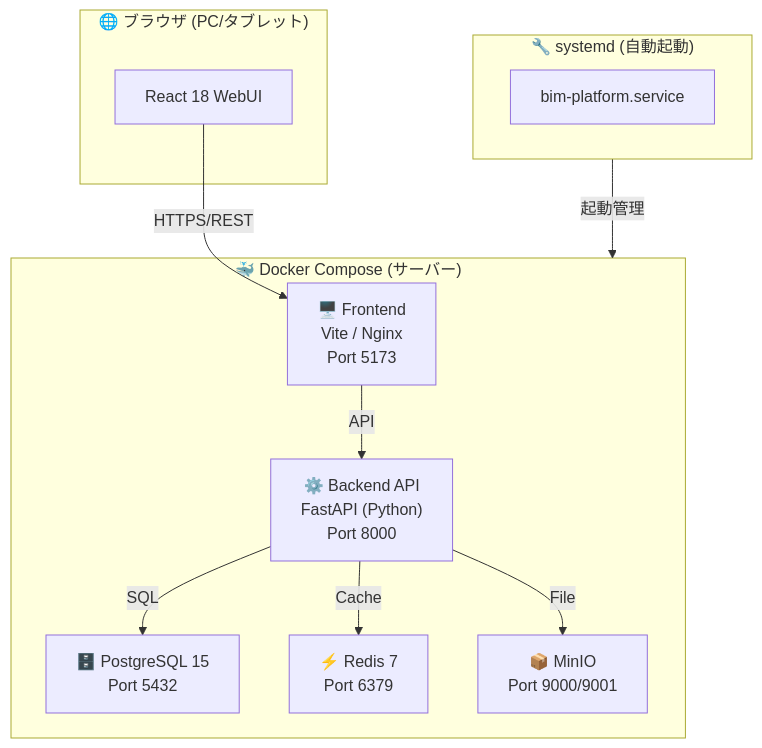
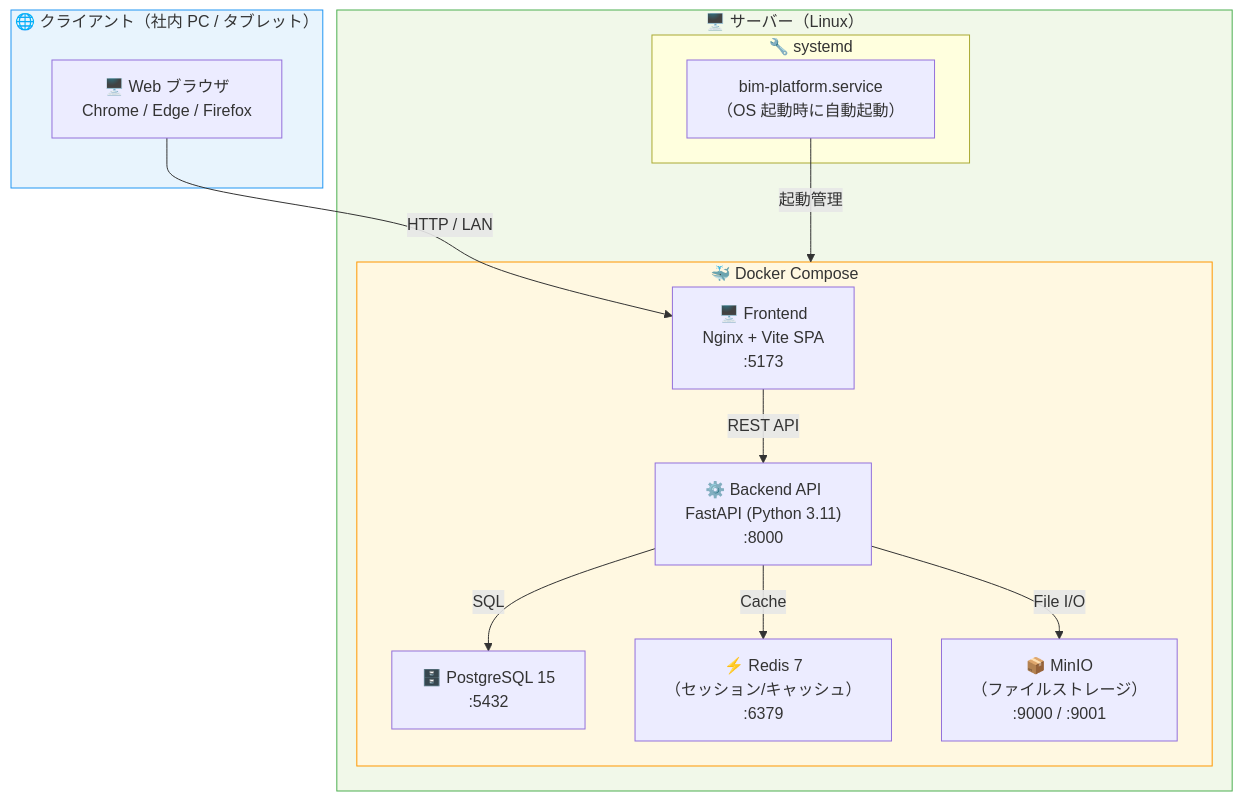
One commit to Kensan196948G/Open-BIM-Information-Platform changed the first of 4 diagrams in docs/IT_SETUP.md. Above: the diagram before and after it, drawn with Mermaid. The commit also changed other lines of this file and 5 other files, not shown here.

First line of the commit message:
feat(webui): demo mode with auto-port, systemd, mock data expansion & docs rewrite

````diff
--- a/docs/IT_SETUP.md
+++ b/docs/IT_SETUP.md
@@ -22,25 +28,31 @@
 ```mermaid
 graph TB
-    subgraph ブラウザ["🌐 ブラウザ (PC/タブレット)"]
-        UI["React 18 WebUI"]
+    subgraph Client["🌐 クライアント（社内 PC / タブレット）"]
+        Browser["🖥️ Web ブラウザ\nChrome / Edge / Firefox"]
     end
 
-    subgraph Docker["🐳 Docker Compose (サーバー)"]
-        FE["🖥️ Frontend\nVite / Nginx\nPort 5173"]
-        BE["⚙️ Backend API\nFastAPI (Python)\nPort 8000"]
-        DB["🗄️ PostgreSQL 15\nPort 5432"]
-        RD["⚡ Redis 7\nPort 6379"]
-        MN["📦 MinIO\nPort 9000/9001"]
+    subgraph Server["🖥️ サーバー（Linux）"]
+        subgraph SystemD["🔧 systemd"]
+            SVC["bim-platform.service\n（OS 起動時に自動起動）"]
+        end
+
+        subgraph Docker["🐳 Docker Compose"]
+            FE["🖥️ Frontend\nNginx + Vite SPA\n:5173"]
+            BE["⚙️ Backend API\nFastAPI (Python 3.11)\n:8000"]
+            DB["🗄️ PostgreSQL 15\n:5432"]
+            RD["⚡ Redis 7\n（セッション/キャッシュ）\n:6379"]
+            MN["📦 MinIO\n（ファイルストレージ）\n:9000 / :9001"]
+        end
     end
 
-    subgraph SystemD["🔧 systemd (自動起動)"]
-        SVC["bim-platform.service"]
-    end
+    Browser -->|"HTTP / LAN"| FE
+    FE -->|"REST API"| BE
+    BE -->|"SQL"| DB
+    BE -->|"Cache"| RD
+    BE -->|"File I/O"| MN
+    SVC -->|"起動管理"| Docker
 
-    UI -->|HTTPS/REST| FE
-    FE -->|API| BE
-    BE -->|SQL| DB
-    BE -->|Cache| RD
-    BE -->|File| MN
-    SystemD -->|起動管理| Docker
+    style Client fill:#E8F4FD,stroke:#2196F3
+    style Server fill:#F1F8E9,stroke:#4CAF50
+    style Docker fill:#FFF8E1,stroke:#FF9800
 ```
````
